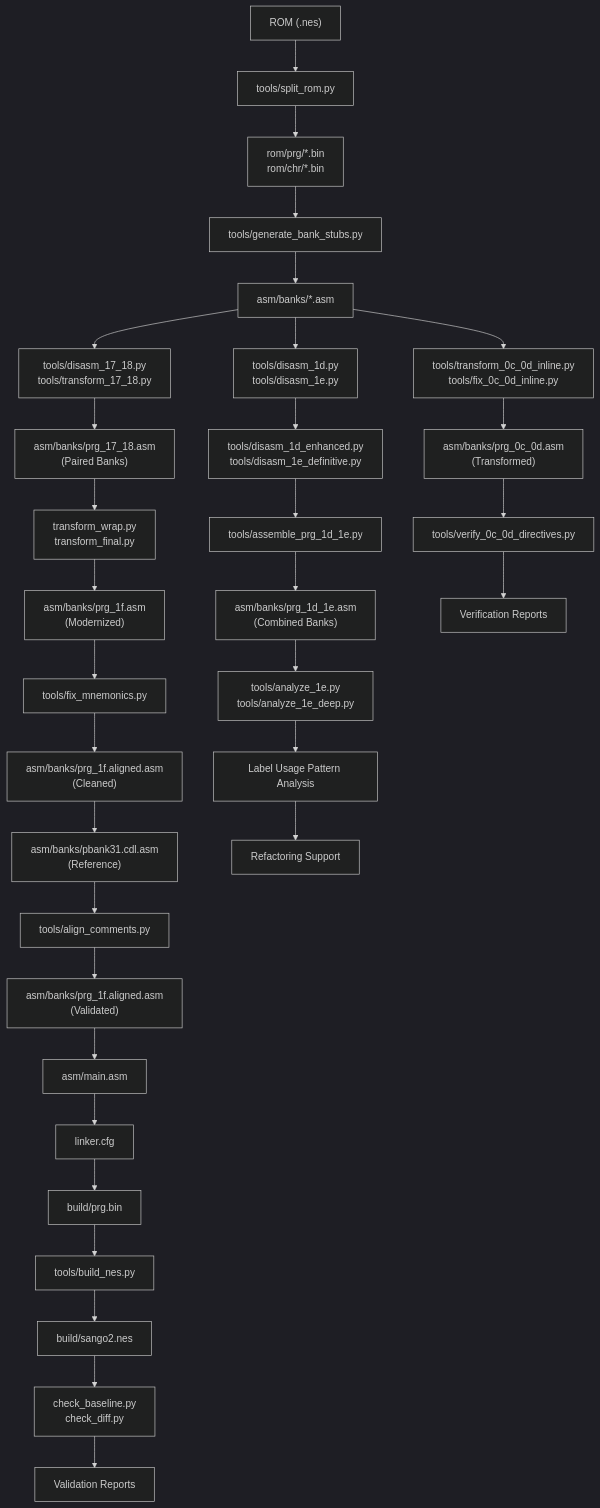
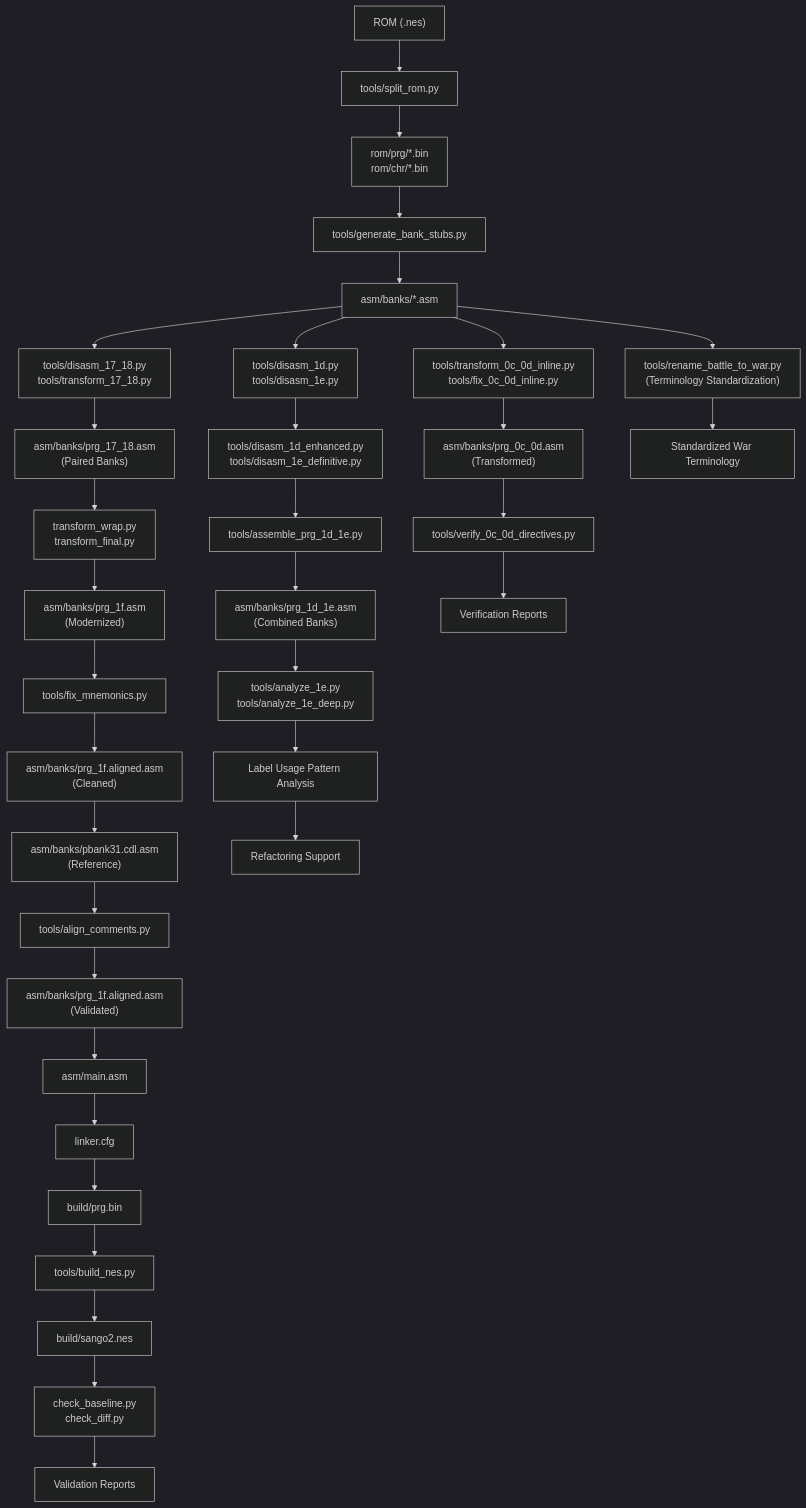
One commit to rabbyzero/sango2dasm changed the first of 9 diagrams in .qoder/repowiki/en/content/Disassembly Workflow/Disassembly Workflow.md. Above: the diagram before and after it, drawn with Mermaid (dark theme). The commit also changed other lines of this file and 11 other files, not shown here.

````diff
--- a/.qoder/repowiki/en/content/Disassembly Workflow/Disassembly Workflow.md
+++ b/.qoder/repowiki/en/content/Disassembly Workflow/Disassembly Workflow.md
@@ -106,34 +109,36 @@
 ```mermaid
 graph TB
 A["ROM (.nes)"] --> B["tools/split_rom.py"]
 B --> C["rom/prg/*.bin<br/>rom/chr/*.bin"]
 C --> D["tools/generate_bank_stubs.py"]
 D --> E["asm/banks/*.asm"]
 E --> F["tools/disasm_17_18.py<br/>tools/transform_17_18.py"]
 F --> G["asm/banks/prg_17_18.asm<br/>(Paired Banks)"]
 E --> H["tools/disasm_1d.py<br/>tools/disasm_1e.py"]
 H --> I["tools/disasm_1d_enhanced.py<br/>tools/disasm_1e_definitive.py"]
 I --> J["tools/assemble_prg_1d_1e.py"]
 J --> K["asm/banks/prg_1d_1e.asm<br/>(Combined Banks)"]
 G --> L["transform_wrap.py<br/>transform_final.py"]
 L --> M["asm/banks/prg_1f.asm<br/>(Modernized)"]
 M --> N["tools/fix_mnemonics.py"]
 N --> O["asm/banks/prg_1f.aligned.asm<br/>(Cleaned)"]
 O --> P["asm/banks/pbank31.cdl.asm<br/>(Reference)"]
 P --> Q["tools/align_comments.py"]
 Q --> R["asm/banks/prg_1f.aligned.asm<br/>(Validated)"]
 R --> S["asm/main.asm"]
 S --> T["linker.cfg"]
 T --> U["build/prg.bin"]
 U --> V["tools/build_nes.py"]
 V --> W["build/sango2.nes"]
 W --> X["check_baseline.py<br/>check_diff.py"]
 X --> Y["Validation Reports"]
 K --> Z["tools/analyze_1e.py<br/>tools/analyze_1e_deep.py"]
 Z --> AA["Label Usage Pattern Analysis"]
 AA --> BB["Refactoring Support"]
 E --> CC["tools/transform_0c_0d_inline.py<br/>tools/fix_0c_0d_inline.py"]
 CC --> DD["asm/banks/prg_0c_0d.asm<br/>(Transformed)"]
 DD --> EE["tools/verify_0c_0d_directives.py"]
 EE --> FF["Verification Reports"]
+E --> GG["tools/rename_battle_to_war.py<br/>(Terminology Standardization)"]
+GG --> HH["Standardized War Terminology"]
 ```
````
